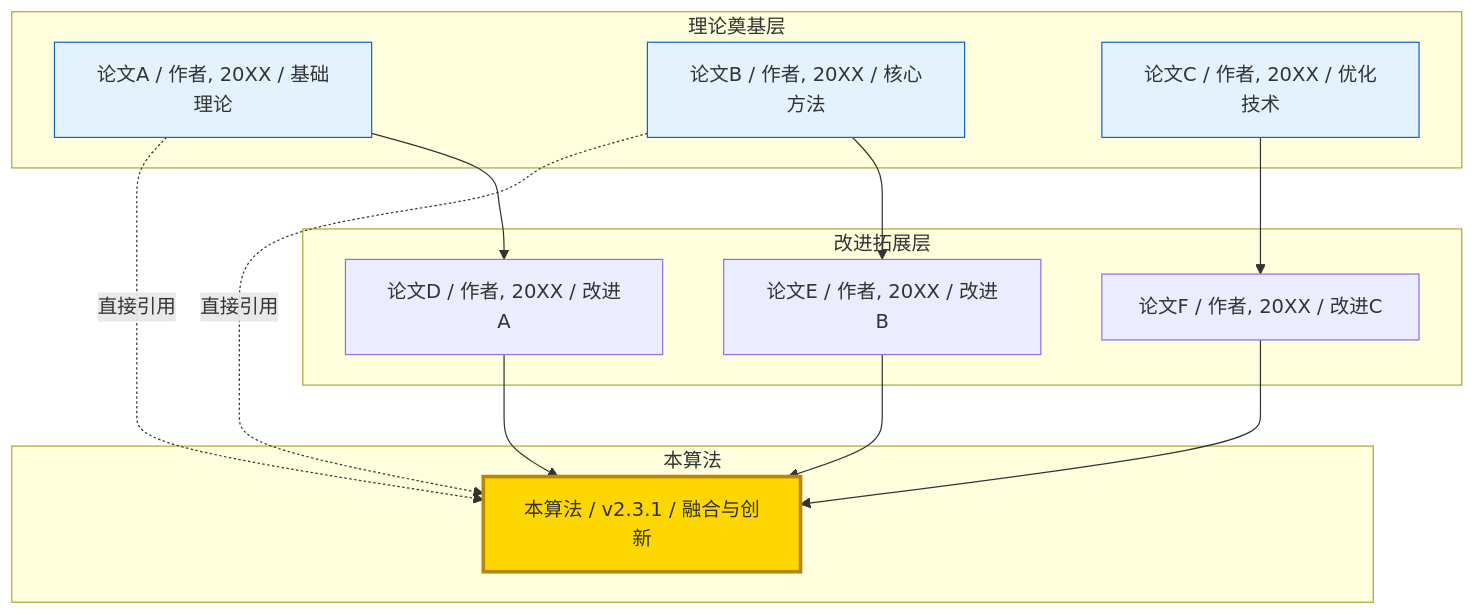
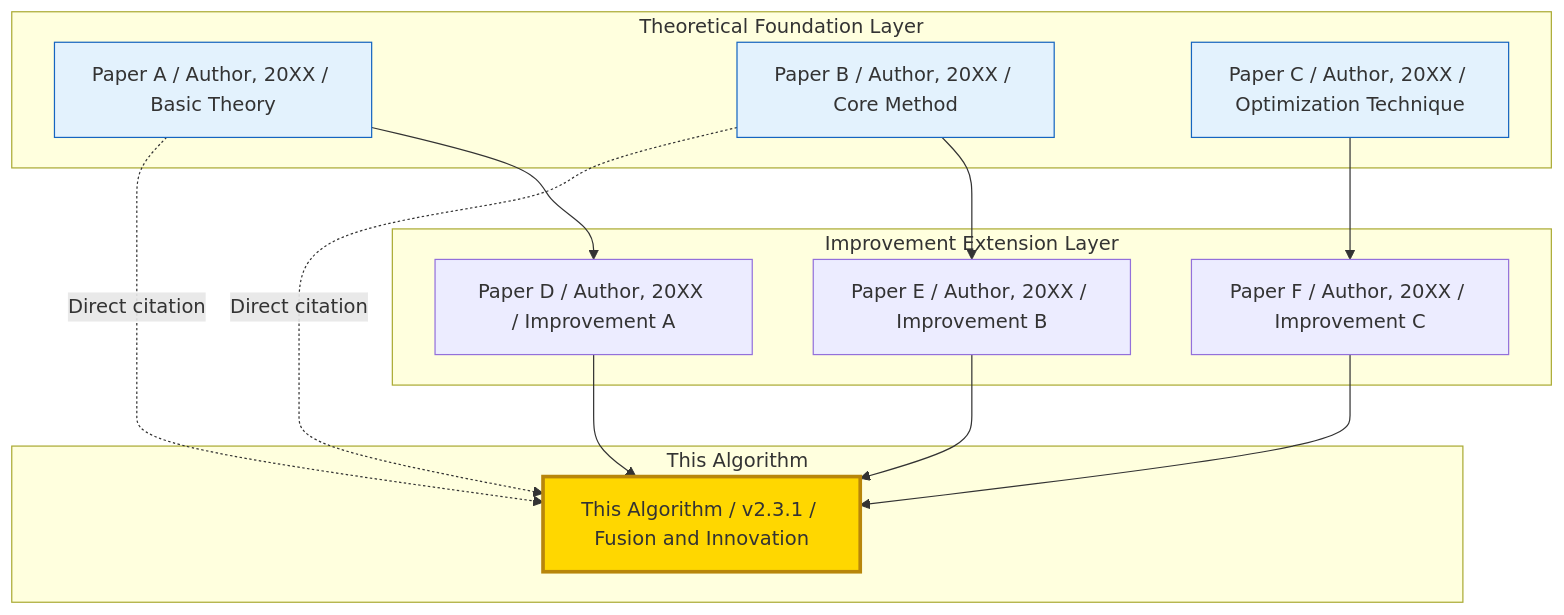
Before and after one commit to Kirky-X/cangjie: the second of 10 diagrams in templates/产品/技术层/【模板】核心算法文档.md, drawn with Mermaid. The commit also changed other lines of this file and 60 other files, not shown here.

````diff
--- a/templates/产品/技术层/【模板】核心算法文档.md
+++ b/templates/产品/技术层/【模板】核心算法文档.md
@@ -115,33 +115,33 @@
 ```mermaid
 graph TB
-    subgraph 理论奠基层
-        P1[论文A / 作者, 20XX / 基础理论]
-        P2[论文B / 作者, 20XX / 核心方法]
-        P3[论文C / 作者, 20XX / 优化技术]
+    subgraph Theoretical Foundation Layer
+        P1[Paper A / Author, 20XX / Basic Theory]
+        P2[Paper B / Author, 20XX / Core Method]
+        P3[Paper C / Author, 20XX / Optimization Technique]
     end
 
-    subgraph 改进拓展层
-        P4[论文D / 作者, 20XX / 改进A]
-        P5[论文E / 作者, 20XX / 改进B]
-        P6[论文F / 作者, 20XX / 改进C]
+    subgraph Improvement Extension Layer
+        P4[Paper D / Author, 20XX / Improvement A]
+        P5[Paper E / Author, 20XX / Improvement B]
+        P6[Paper F / Author, 20XX / Improvement C]
     end
 
-    subgraph 本算法
-        NEW[本算法 / v2.3.1 / 融合与创新]
+    subgraph This Algorithm
+        NEW[This Algorithm / v2.3.1 / Fusion and Innovation]
     end
 
     P1 --> P4
     P2 --> P5
     P3 --> P6
     P4 --> NEW
     P5 --> NEW
     P6 --> NEW
 
-    P1 -.->|直接引用| NEW
-    P2 -.->|直接引用| NEW
+    P1 -.->|Direct citation| NEW
+    P2 -.->|Direct citation| NEW
 
     style P1 fill:#e3f2fd,stroke:#1565c0
     style P2 fill:#e3f2fd,stroke:#1565c0
     style P3 fill:#e3f2fd,stroke:#1565c0
     style NEW fill:#ffd700,stroke:#b8860b,stroke-width:3px
 ```
````
